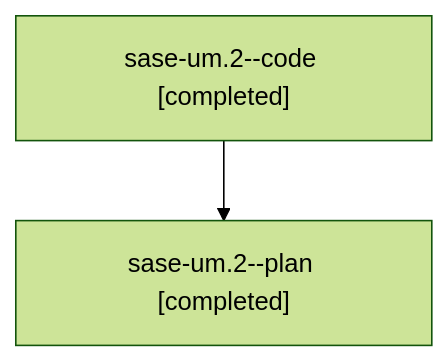
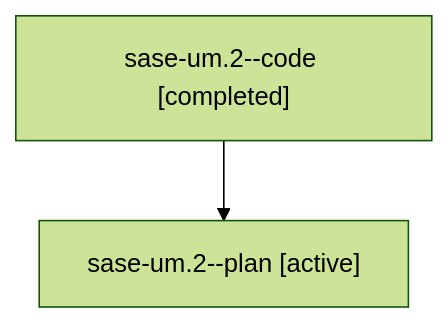
One commit to sase-org/sase--agents changed the diagram in families/bbugyi200.athena.sase-um.2.md. Above: the diagram before and after it, drawn with Mermaid (forest theme). The commit also changed other lines of this file and 35830 other files, not shown here.

````diff
--- a/families/bbugyi200.athena.sase-um.2.md
+++ b/families/bbugyi200.athena.sase-um.2.md
@@ -9,6 +9,6 @@
 ```mermaid
 flowchart TD
   n0["sase-um.2--code [completed]"]
-  n1["sase-um.2--plan [completed]"]
+  n1["sase-um.2--plan [active]"]
   n0 --> n1
 ```
````
